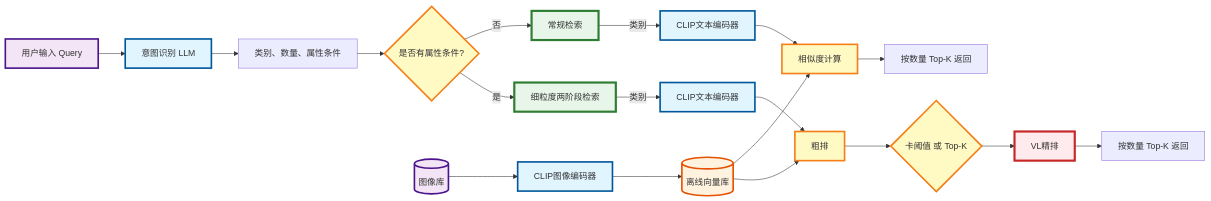
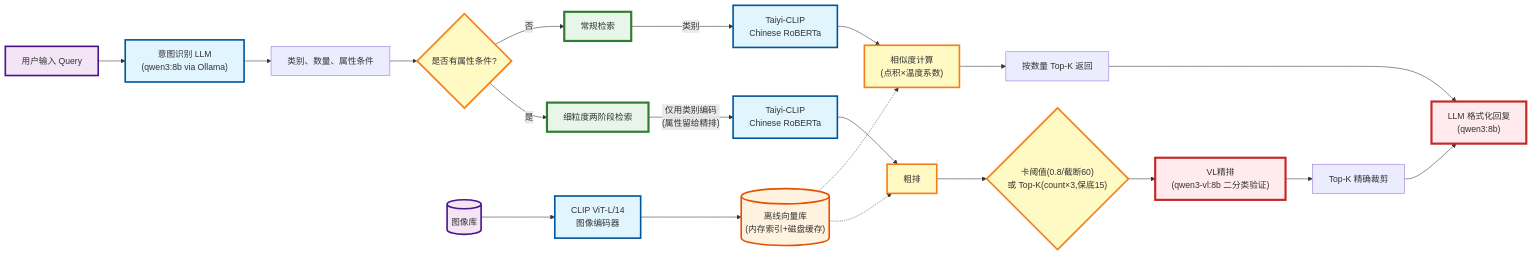
One commit to 214404225-spec/Multi-modal-Image-Retrieval-System changed the diagram in v1.md. Above: the diagram before and after it, drawn with Mermaid. The commit also changed 1 other file, not shown here.

Commit message:
fix_README.md for details

````diff
--- a/v1.md
+++ b/v1.md
@@ -3,41 +3,45 @@
 ```mermaid
 flowchart LR
     %% 输入 -> LM 提取
-    User["用户输入 Query"] --> Qwen-LM["意图识别 LLM"]
+    User["用户输入 Query"] --> Qwen-LM["意图识别 LLM<br/>(qwen3:8b via Ollama)"]
     Qwen-LM --> LM_output["类别、数量、属性条件"]
     LM_output --> HasAttr{"是否有属性条件?"}
 
     %% 图像库 -> 离线向量库
-    ImageDB[("图像库")] --> CLIP_Vis_Offline["CLIP图像编码器"]
-    CLIP_Vis_Offline --> VectorDB[("离线向量库")]
+    ImageDB[("图像库")] --> CLIP_Vis_Offline["CLIP ViT-L/14<br/>图像编码器"]
+    CLIP_Vis_Offline --> VectorDB[("离线向量库<br/>(内存索引+磁盘缓存)")]
 
     %% 无属性条件路径（常规检索）
     HasAttr -->|否| RegularPath["常规检索"]
-    RegularPath -->|类别| CLIP_Text["CLIP文本编码器"]
-    CLIP_Text --> SimCalc["相似度计算"]
-    VectorDB --> SimCalc
+    RegularPath -->|类别| CLIP_Text["Taiyi-CLIP<br/>Chinese RoBERTa"]
+    CLIP_Text --> SimCalc["相似度计算<br/>(点积×温度系数)"]
+    VectorDB -.-> SimCalc
     SimCalc --> TopK1["按数量 Top-K 返回"]
-    
+
     %% 有属性条件路径（细粒度两阶段检索）
     HasAttr -->|是| CoarseStage["细粒度两阶段检索"]
-    CoarseStage -->|类别| CLIP_Text2["CLIP文本编码器"]
+    CoarseStage -->|"仅用类别编码<br/>(属性留给精排)"| CLIP_Text2["Taiyi-CLIP<br/>Chinese RoBERTa"]
     CLIP_Text2 --> CoarseRank["粗排"]
-    VectorDB --> CoarseRank
-    CoarseRank --> Strategy{"卡阈值 或 Top-K"}
-    Strategy --> VL_Refine["VL精排"]
-    VL_Refine --> TopK2["按数量 Top-K 返回"]
-    
+    VectorDB -.-> CoarseRank
+    CoarseRank --> Strategy{"卡阈值(0.8/截断60)<br/>或 Top-K(count×3,保底15)"}
+    Strategy --> VL_Refine["VL精排<br/>(qwen3-vl:8b 二分类验证)"]
+    VL_Refine --> TopK2["Top-K 精确裁剪"]
+
+    %% 回复格式化
+    TopK1 --> FormatReply["LLM 格式化回复<br/>(qwen3:8b)"]
+    TopK2 --> FormatReply
+
     classDef io fill:#f3e5f5,stroke:#4a148c,stroke-width:3px
     classDef model fill:#e1f5fe,stroke:#01579b,stroke-width:3px
     classDef data fill:#fff3e0,stroke:#e65100,stroke-width:3px
     classDef decision fill:#fff9c4,stroke:#f57f17,stroke-width:3px
     classDef stage fill:#e8f5e9,stroke:#2e7d32,stroke-width:4px
     classDef highlight fill:#ffebee,stroke:#c62828,stroke-width:4px
-    
+
     class User,ImageDB io
     class Qwen-LM,CLIP_Text,CLIP_Text2,CLIP_Vis_Offline,VL_Refine model
     class VectorDB data
     class HasAttr,Strategy,SimCalc,CoarseRank decision
-    class RegularPath,CoarseStage,VL_Refine stage
-    class VL_Refine highlight
+    class RegularPath,CoarseStage stage
+    class VL_Refine,FormatReply highlight
 ```
````
